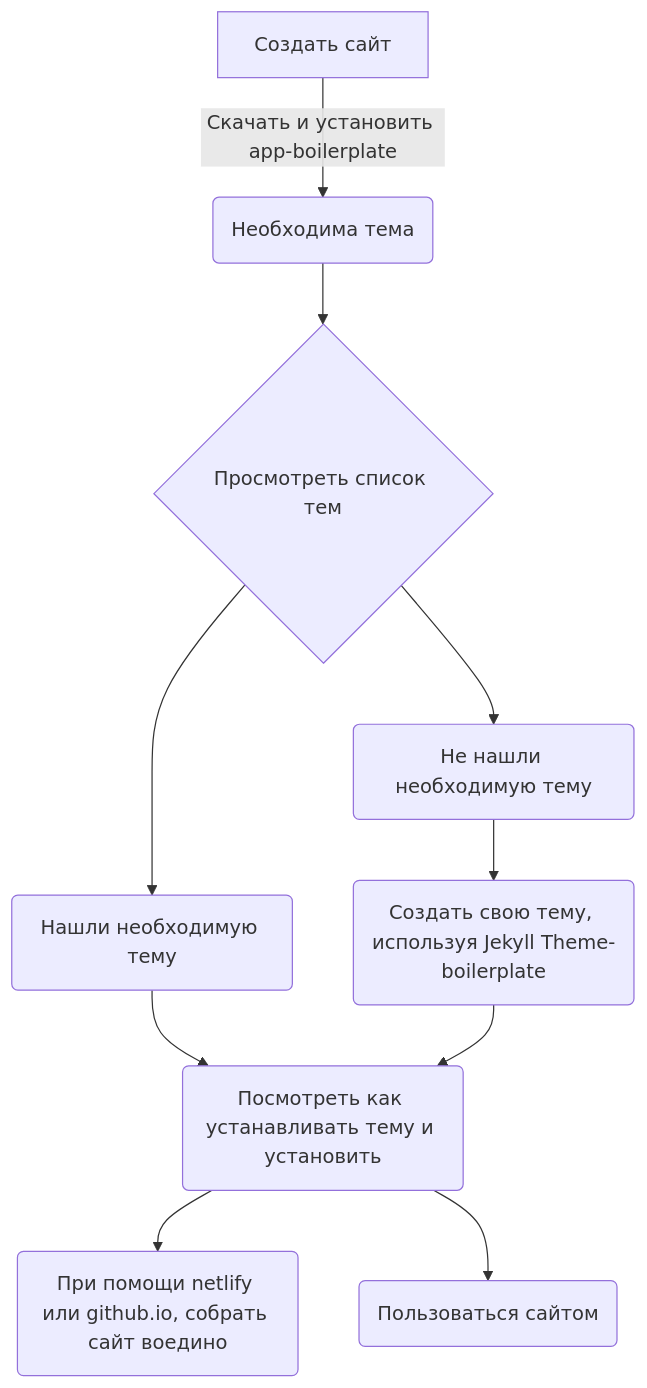
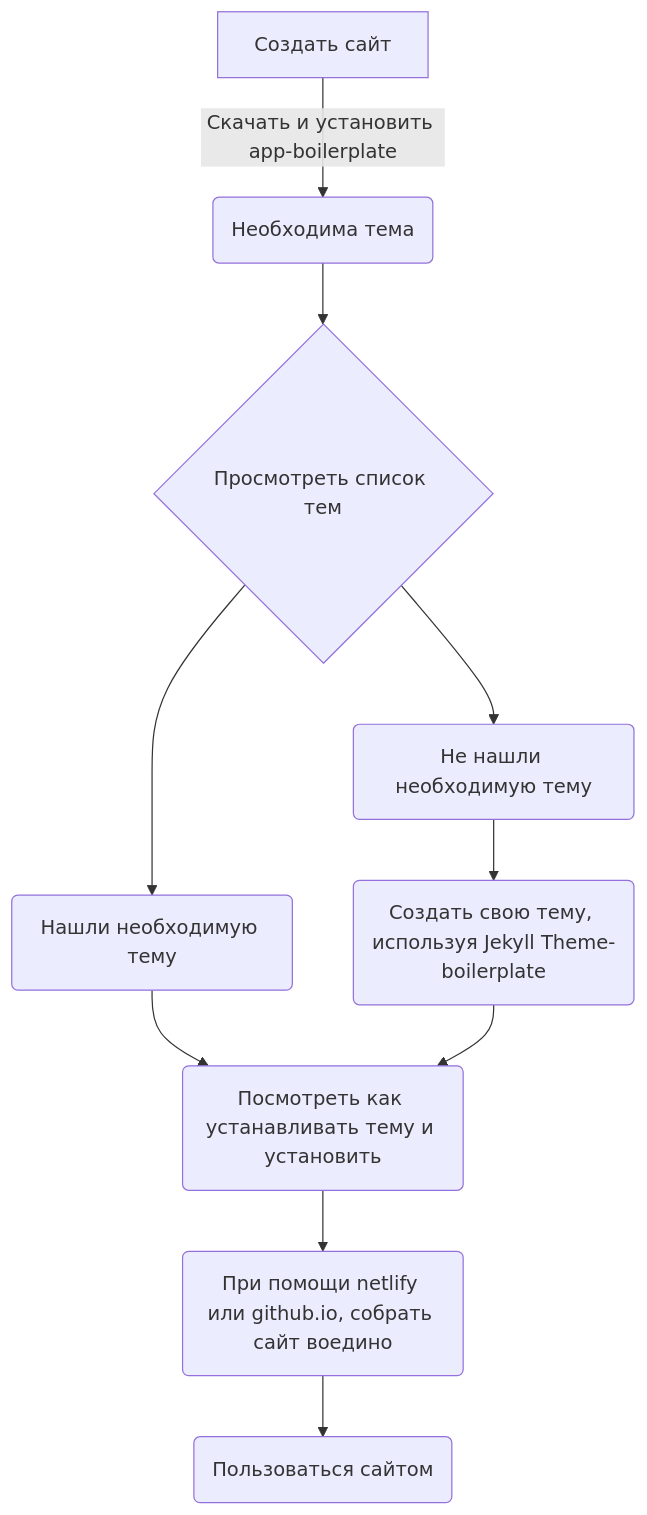
Before and after one commit to JekyllGO/saifas-ssg-jekyll-doc: the diagram in doc/structure/index.md, drawn with Mermaid.

````diff
--- a/doc/structure/index.md
+++ b/doc/structure/index.md
@@ -3,12 +3,12 @@
 ```mermaid
 graph TD
 A[Создать сайт]-->|Скачать и установить app-boilerplate| B(Необходима тема)
 B-->C{Просмотреть список тем}
 C-->D(Нашли необходимую тему)
 C-->E(Не нашли необходимую тему)
 D-->F(Посмотреть как устанавливать тему и установить)
 F-->G(При помощи netlify или github.io, собрать сайт воедино)
 E-->H(Создать свою тему, используя Jekyll Theme-boilerplate)
 H-->F
-F-->I(Пользоваться сайтом)
+G-->I(Пользоваться сайтом)
 ```
````
